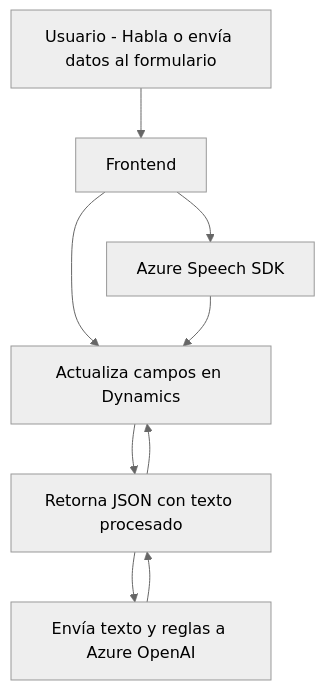
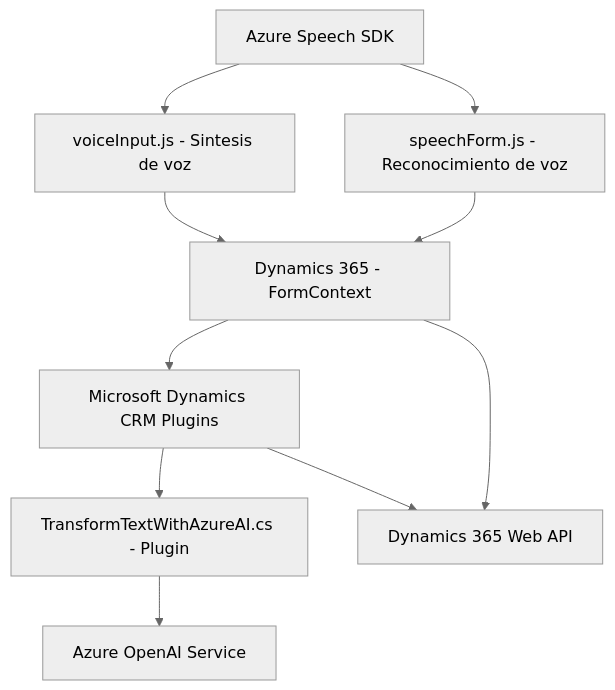
Before and after one commit to blopezdm/NETCORE_BILBAO2025: the diagram in README.md, drawn with Mermaid (neutral theme). The commit also changed other lines of this file, not shown here.

Commit message:
Actualizar análisis global de la solución con IA

````diff
--- a/README.md
+++ b/README.md
@@ -43,18 +32,13 @@
 ```mermaid
 graph TD
-A["Usuario - Habla o envía datos al formulario"]
-B["Frontend"]
-C["Microsoft Dynamics API"]
-D["Azure Speech SDK"]
-E["Azure OpenAI API"]
-F["Plugin en Dynamics - 'TransformTextWithAzureAI'"]
+    A["Azure Speech SDK"] --> B["voiceInput.js - Sintesis de voz"] 
+    A --> C["speechForm.js - Reconocimiento de voz"]
+    B --> D["Dynamics 365 - FormContext"]
+    C --> D
+    D --> E["Microsoft Dynamics CRM Plugins"]
+    E --> F["TransformTextWithAzureAI.cs - Plugin"] 
+    F --> G["Azure OpenAI Service"]
 
-A --> B
-B --> D
-B --> C
-D --> C["Envía texto transcrito"]
-C --> F
-F --> E["Envía texto y reglas a Azure OpenAI"]
-E --> F["Retorna JSON con texto procesado"]
-F --> C["Actualiza campos en Dynamics"]
+    E --> H["Dynamics 365 Web API"]
+    D --> H
 ```
````
